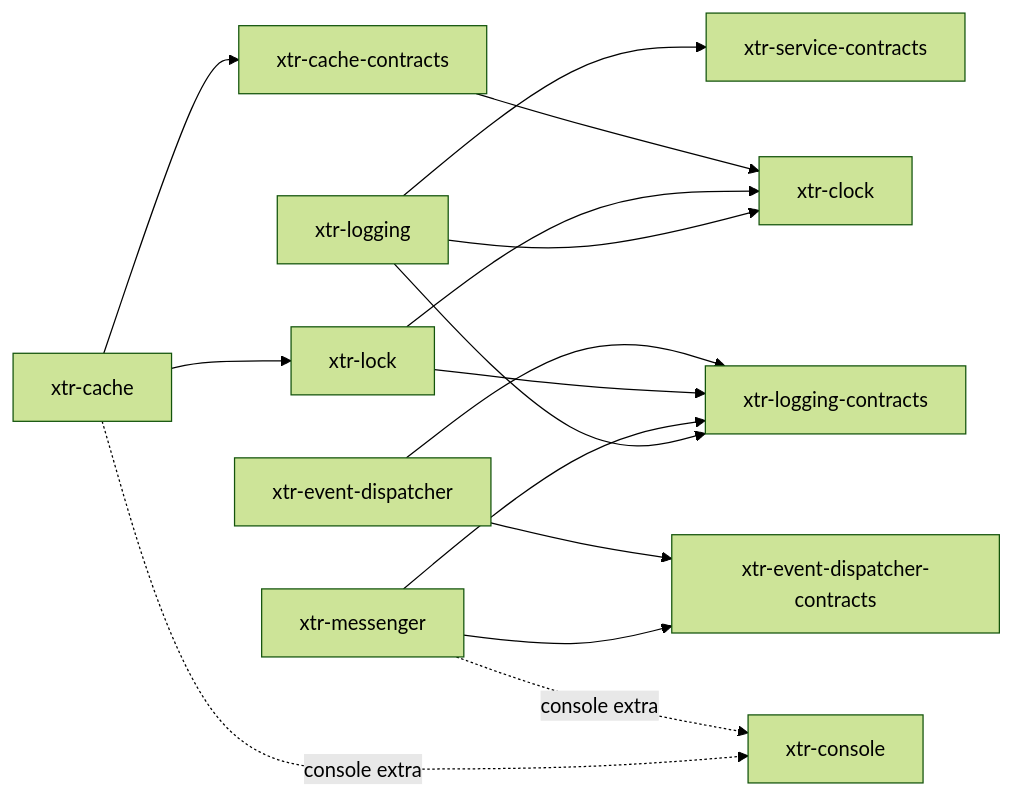
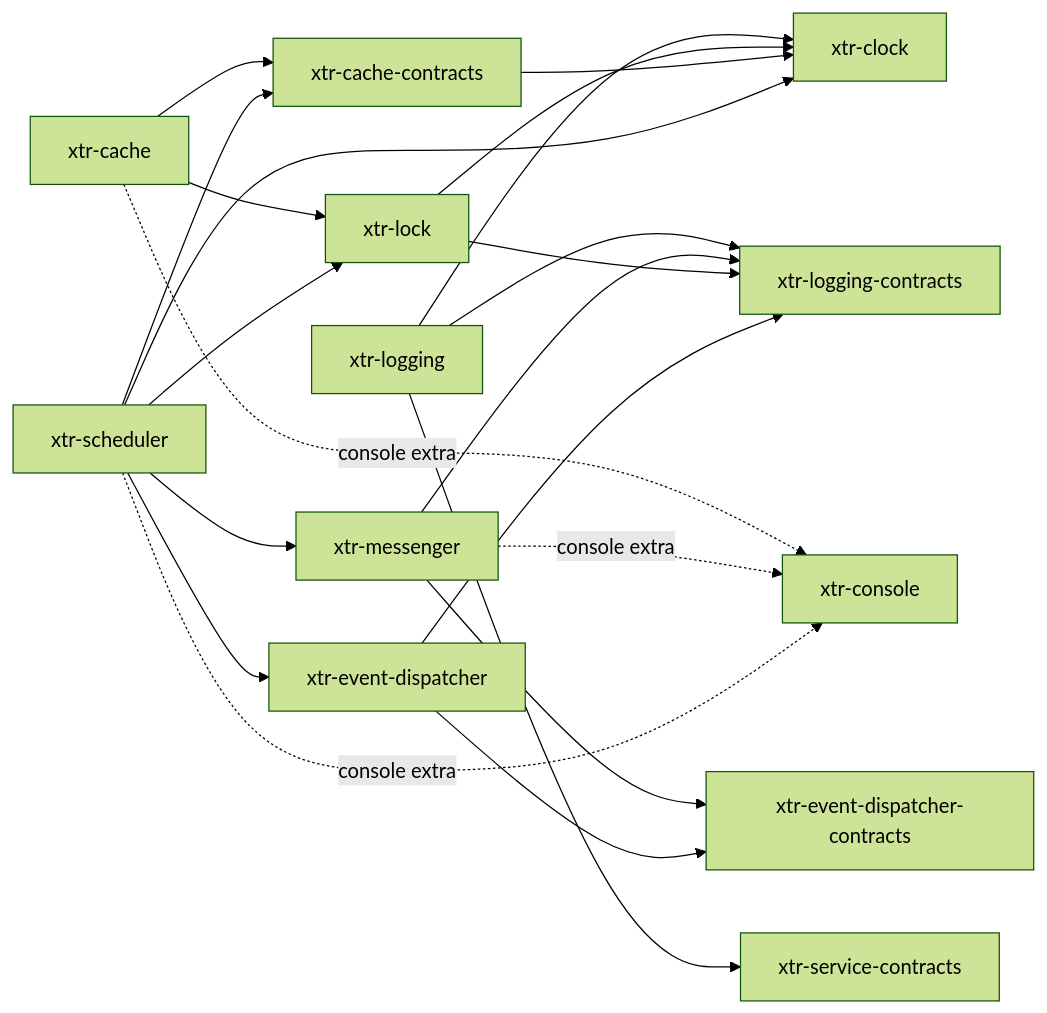
Before and after one commit to xterr/python-xtr: the diagram in README.md, drawn with Mermaid (forest theme). The commit also changed other lines of this file and 149 other files, not shown here.

Commit message:
feature: implement xtr-scheduler with cron and periodic triggers, a checkpointed message generator, a messenger transport, run events, task decorators, a bundle and debug:scheduler

````diff
--- a/README.md
+++ b/README.md
@@ -41,17 +41,23 @@
 ```mermaid
 graph LR
     logging[xtr-logging] --> clock[xtr-clock]
     logging --> logcon[xtr-logging-contracts]
     logging --> svccon[xtr-service-contracts]
     messenger[xtr-messenger] --> logcon
     messenger --> eventcon
     lock[xtr-lock] --> clock
     lock --> logcon
     cachecon[xtr-cache-contracts] --> clock
     cache[xtr-cache] --> cachecon
     cache --> lock
     cache -. console extra .-> console
     events[xtr-event-dispatcher] --> eventcon[xtr-event-dispatcher-contracts]
     events --> logcon
     messenger -. console extra .-> console[xtr-console]
+    scheduler[xtr-scheduler] --> messenger
+    scheduler --> clock
+    scheduler --> lock
+    scheduler --> cachecon
+    scheduler --> events
+    scheduler -. console extra .-> console
 ```
````
